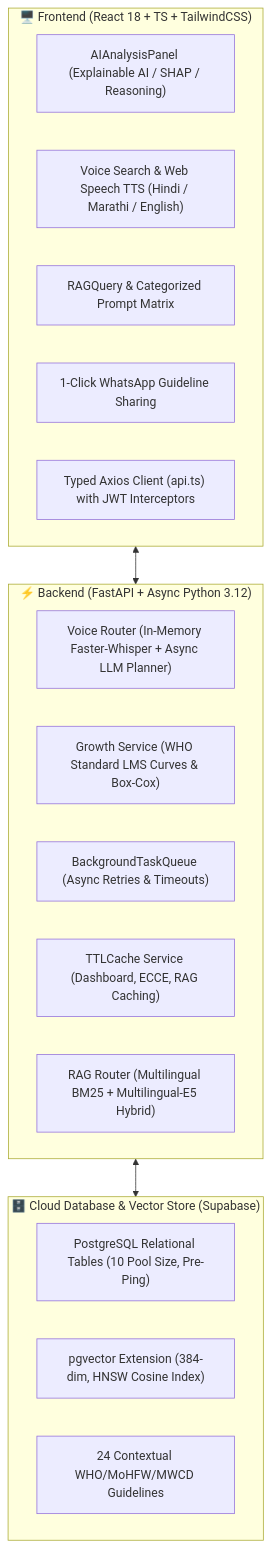
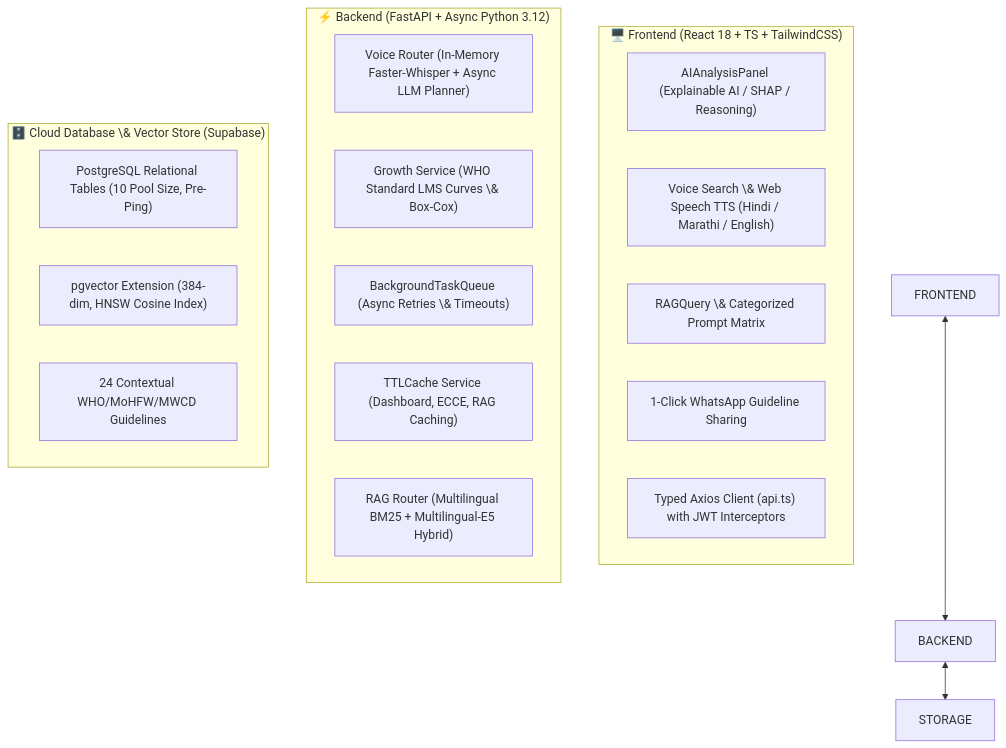
The diagram in IMPROVEMENTS_README.md (bh00mi-11/AROMI), drawn with Mermaid before and after one commit. The commit also changed other lines of this file and 1 other file, not shown here.

````diff
--- a/IMPROVEMENTS_README.md
+++ b/IMPROVEMENTS_README.md
@@ -27,27 +27,27 @@
 ```mermaid
 flowchart TB
-    subgraph FRONTEND ["🖥️ Frontend (React 18 + TS + TailwindCSS)"]
-        UI1["AIAnalysisPanel (Explainable AI / SHAP / Reasoning)"]
-        UI2["Voice Search & Web Speech TTS (Hindi / Marathi / English)"]
-        UI3["RAGQuery & Categorized Prompt Matrix"]
-        UI4["1-Click WhatsApp Guideline Sharing"]
-        UI5["Typed Axios Client (api.ts) with JWT Interceptors"]
+    subgraph FRONTEND \["🖥️ Frontend (React 18 + TS + TailwindCSS)"]
+        UI1\["AIAnalysisPanel (Explainable AI / SHAP / Reasoning)"]
+        UI2\["Voice Search \& Web Speech TTS (Hindi / Marathi / English)"]
+        UI3\["RAGQuery \& Categorized Prompt Matrix"]
+        UI4\["1-Click WhatsApp Guideline Sharing"]
+        UI5\["Typed Axios Client (api.ts) with JWT Interceptors"]
     end
 
-    subgraph BACKEND ["⚡ Backend (FastAPI + Async Python 3.12)"]
-        BE1["Voice Router (In-Memory Faster-Whisper + Async LLM Planner)"]
-        BE2["Growth Service (WHO Standard LMS Curves & Box-Cox)"]
-        BE3["BackgroundTaskQueue (Async Retries & Timeouts)"]
-        BE4["TTLCache Service (Dashboard, ECCE, RAG Caching)"]
-        BE5["RAG Router (Multilingual BM25 + Multilingual-E5 Hybrid)"]
+    subgraph BACKEND \["⚡ Backend (FastAPI + Async Python 3.12)"]
+        BE1\["Voice Router (In-Memory Faster-Whisper + Async LLM Planner)"]
+        BE2\["Growth Service (WHO Standard LMS Curves \& Box-Cox)"]
+        BE3\["BackgroundTaskQueue (Async Retries \& Timeouts)"]
+        BE4\["TTLCache Service (Dashboard, ECCE, RAG Caching)"]
+        BE5\["RAG Router (Multilingual BM25 + Multilingual-E5 Hybrid)"]
     end
 
-    subgraph STORAGE ["🗄️ Cloud Database & Vector Store (Supabase)"]
-        DB1["PostgreSQL Relational Tables (10 Pool Size, Pre-Ping)"]
-        DB2["pgvector Extension (384-dim, HNSW Cosine Index)"]
-        DB3["24 Contextual WHO/MoHFW/MWCD Guidelines"]
+    subgraph STORAGE \["🗄️ Cloud Database \& Vector Store (Supabase)"]
+        DB1\["PostgreSQL Relational Tables (10 Pool Size, Pre-Ping)"]
+        DB2\["pgvector Extension (384-dim, HNSW Cosine Index)"]
+        DB3\["24 Contextual WHO/MoHFW/MWCD Guidelines"]
     end
 
     FRONTEND <--> BACKEND
     BACKEND <--> STORAGE
 ```
````
